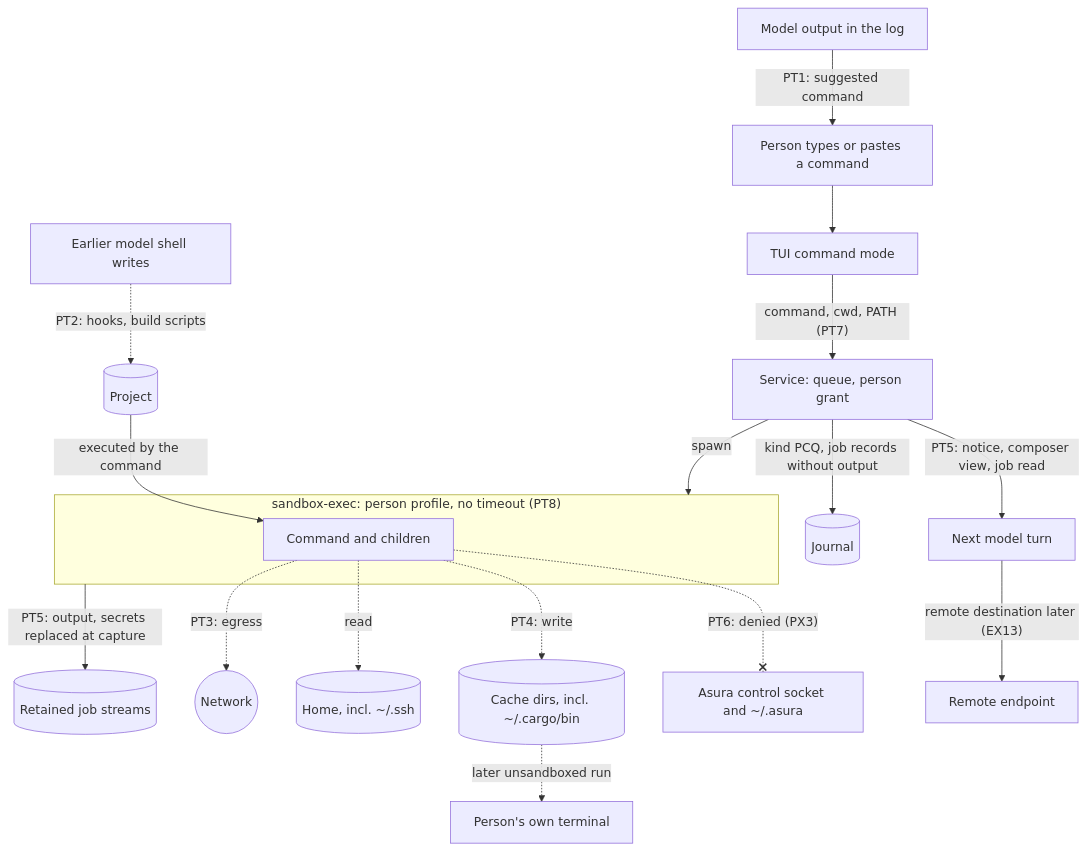
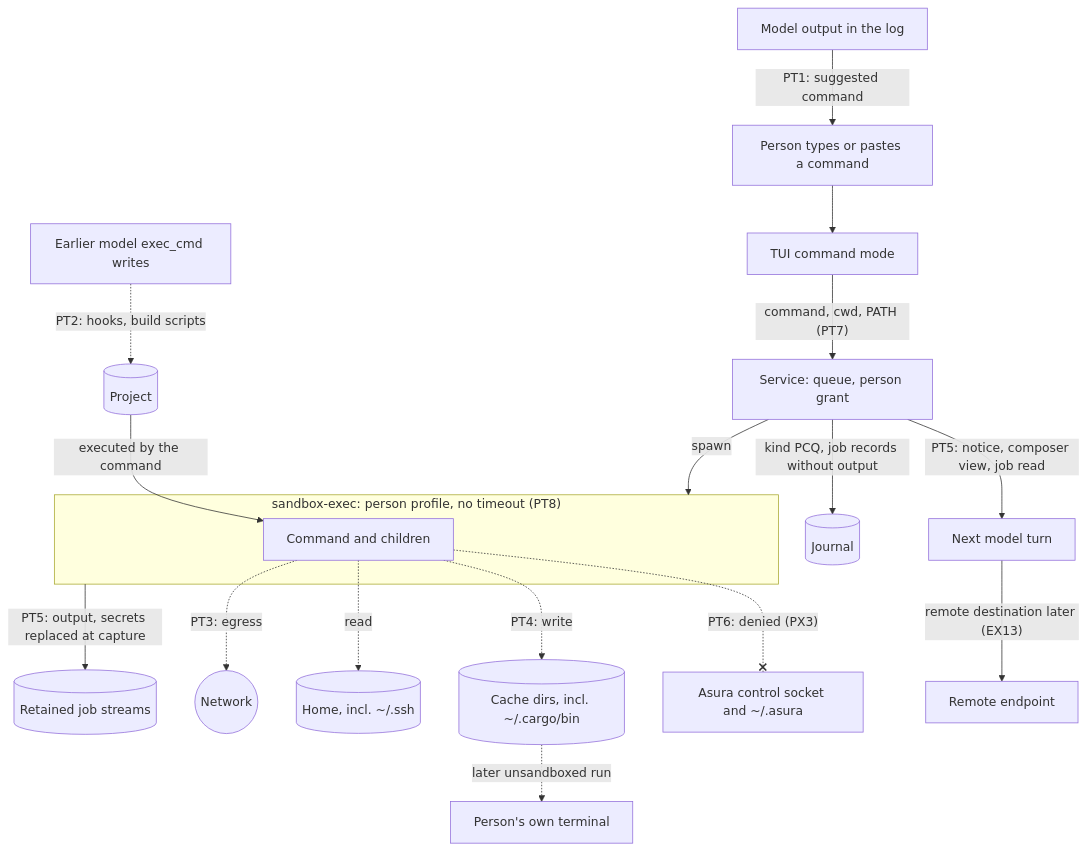
Before and after one commit to pidster/asura: the second of 2 diagrams in docs/designs/execution-threat-model.md, drawn with Mermaid. The commit also changed other lines of this file and 84 other files, not shown here.

````diff
--- a/docs/designs/execution-threat-model.md
+++ b/docs/designs/execution-threat-model.md
@@ -377,21 +377,21 @@
 ```mermaid
 flowchart TD
     Model["Model output in the log"] -->|"PT1: suggested command"| Person["Person types or pastes a command"]
     Person --> TUI["TUI command mode"]
     TUI -->|"command, cwd, PATH (PT7)"| Svc["Service: queue, person grant"]
     Svc -->|"kind PCQ, job records without output"| Journal[("Journal")]
     Box -->|"PT5: output, secrets replaced at capture"| Retained[("Retained job streams")]
     Svc -->|"spawn"| Box
     subgraph Box["sandbox-exec: person profile, no timeout (PT8)"]
         Cmd["Command and children"]
     end
-    ModelWrites["Earlier model shell writes"] -.->|"PT2: hooks, build scripts"| Proj[("Project")]
+    ModelWrites["Earlier model exec_cmd writes"] -.->|"PT2: hooks, build scripts"| Proj[("Project")]
     Proj -->|"executed by the command"| Cmd
     Cmd -.->|"PT3: egress"| Net(("Network"))
     Cmd -.->|"read"| Home[("Home, incl. ~/.ssh")]
     Cmd -.->|"PT4: write"| Cache[("Cache dirs, incl. ~/.cargo/bin")]
     Cmd -.-x|"PT6: denied (PX3)"| Ctl["Asura control socket and ~/.asura"]
     Svc -->|"PT5: notice, composer view, job read"| Next["Next model turn"]
     Next -->|"remote destination later (EX13)"| Remote["Remote endpoint"]
     Cache -.->|"later unsandboxed run"| Terminal["Person's own terminal"]
 ```
````
